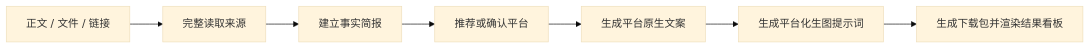
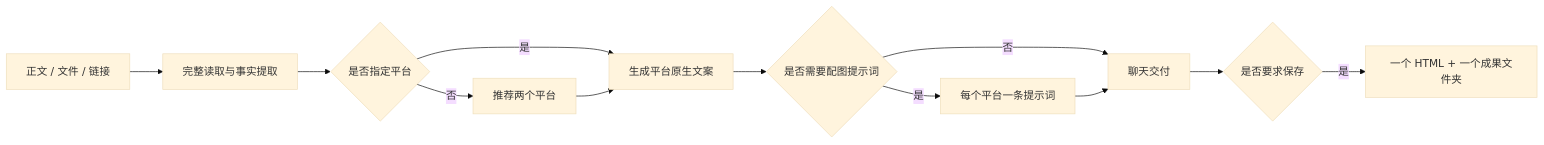
The diagram in README.md (halexzd686-cloud/Platform-Connect), drawn with Mermaid (base theme) before and after one commit. The commit also changed other lines of this file and 3 other files, not shown here.

````diff
--- a/README.md
+++ b/README.md
@@ -129,9 +61,14 @@
 ```mermaid
 flowchart LR
-    A["正文 / 文件 / 链接"] --> B["完整读取来源"]
-    B --> C["建立事实简报"]
-    C --> D["推荐或确认平台"]
-    D --> E["生成平台原生文案"]
-    E --> F["生成平台化生图提示词"]
-    F --> G["生成下载包并渲染结果看板"]
+    A["正文 / 文件 / 链接"] --> B["完整读取与事实提取"]
+    B --> C{"是否指定平台"}
+    C -- "否" --> D["推荐两个平台"]
+    C -- "是" --> E["生成平台原生文案"]
+    D --> E
+    E --> F{"是否需要配图提示词"}
+    F -- "是" --> G["每个平台一条提示词"]
+    F -- "否" --> H["聊天交付"]
+    G --> H
+    H --> I{"是否要求保存"}
+    I -- "是" --> J["一个 HTML + 一个成果文件夹"]
 ```
````
